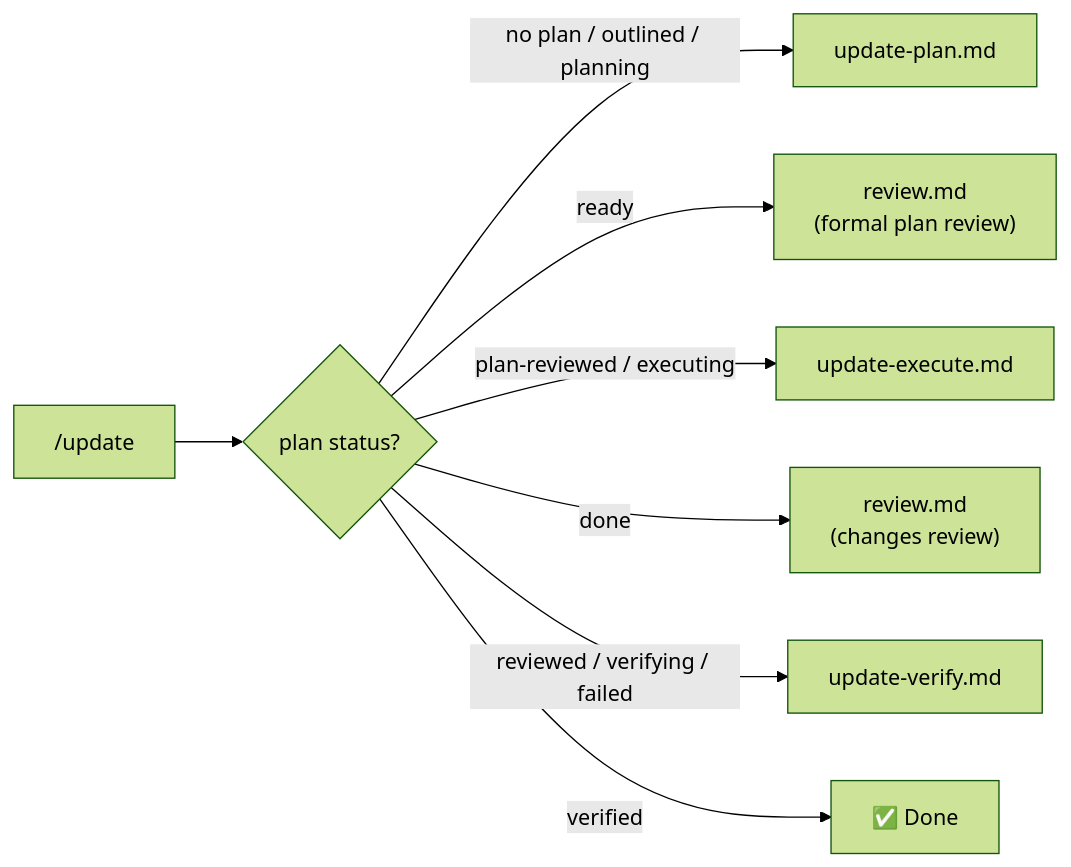
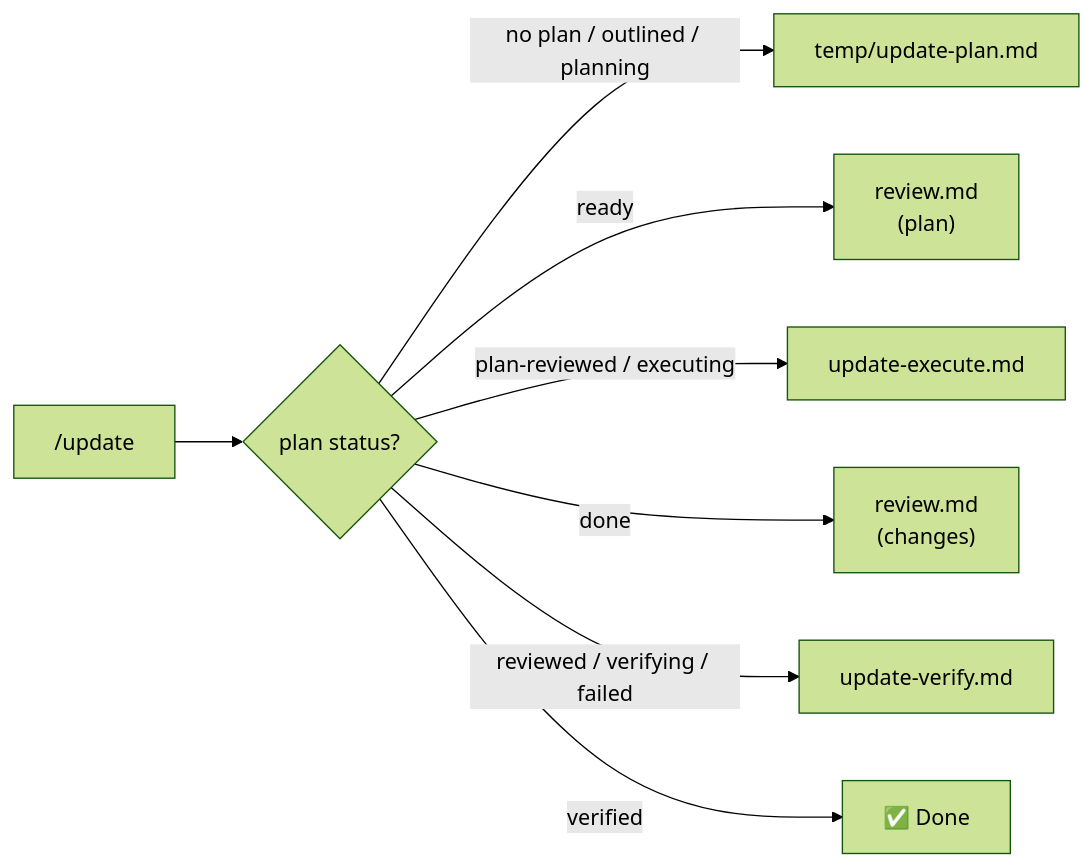
One commit to duranserkan/DRN-Project changed the diagram in .agent/workflows/update.md. Above: the diagram before and after it, drawn with Mermaid (forest theme). The commit also changed other lines of this file and 93 other files, not shown here.

````diff
--- a/.agent/workflows/update.md
+++ b/.agent/workflows/update.md
@@ -19,10 +16,10 @@
 ```mermaid
 flowchart LR
     A["/update"] --> B{"plan status?"}
-    B -- "no plan / outlined / planning" --> C["update-plan.md"]
-    B -- "ready" --> D["review.md\n(formal plan review)"]
+    B -- "no plan / outlined / planning" --> C["temp/update-plan.md"]
+    B -- "ready" --> D["review.md\n(plan)"]
     B -- "plan-reviewed / executing" --> E["update-execute.md"]
-    B -- "done" --> F["review.md\n(changes review)"]
+    B -- "done" --> F["review.md\n(changes)"]
     B -- "reviewed / verifying / failed" --> G["update-verify.md"]
     B -- "verified" --> H["✅ Done"]
 ```
````
